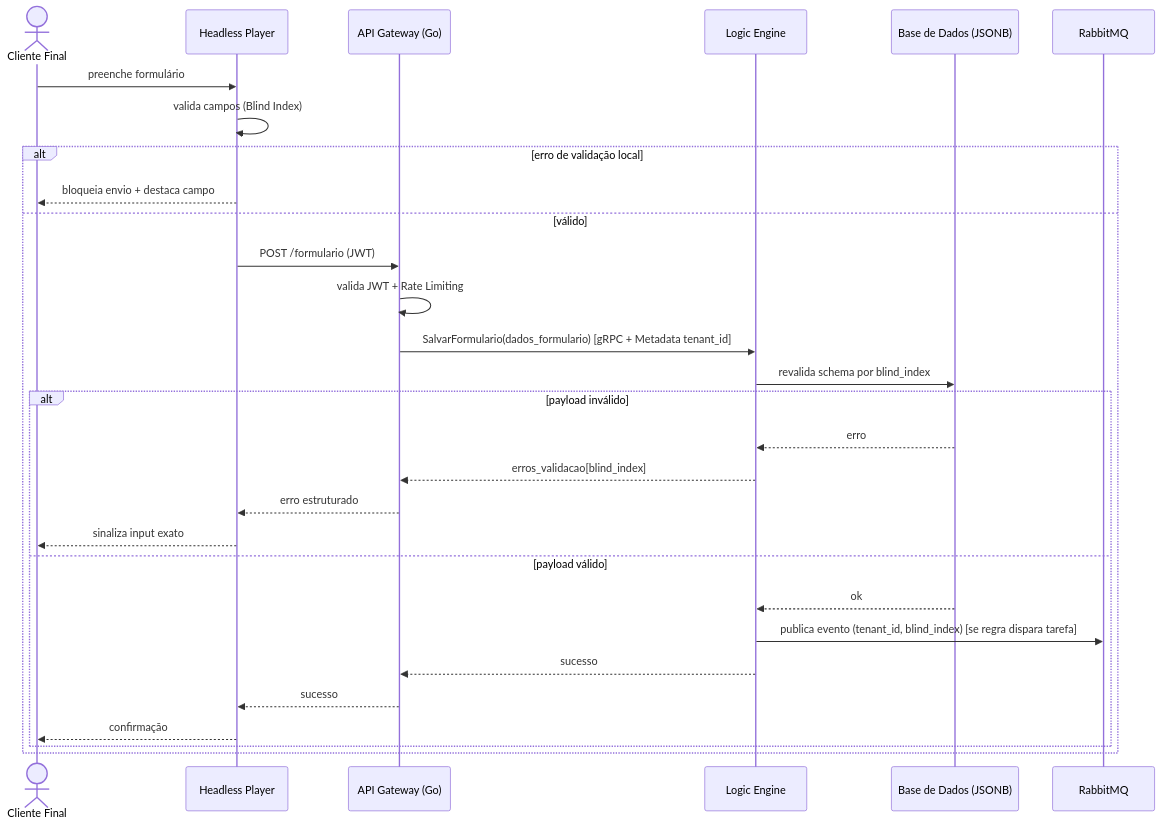
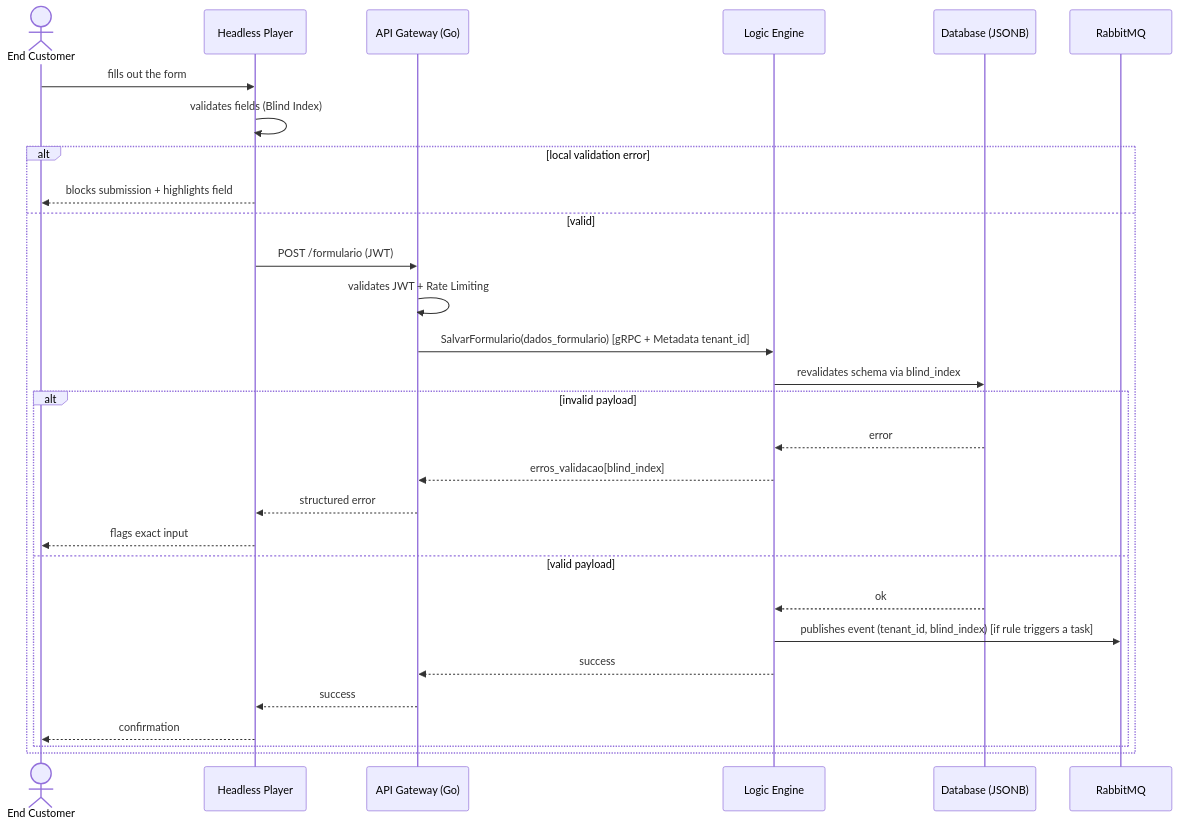
The second of 6 diagrams in doc/ANALISE_REQUISITOS.md (GiovaniRodrigo/arquitetura-mach-saas-nocode), drawn with Mermaid before and after one commit. The commit also changed other lines of this file and 86 other files, not shown here.

````diff
--- a/doc/ANALISE_REQUISITOS.md
+++ b/doc/ANALISE_REQUISITOS.md
@@ -83,32 +83,32 @@
 ```mermaid
 sequenceDiagram
-    actor cliente as Cliente Final
+    actor cliente as End Customer
     participant player as Headless Player
     participant gw as API Gateway (Go)
     participant logic as Logic Engine
-    participant db as Base de Dados (JSONB)
+    participant db as Database (JSONB)
     participant mq as RabbitMQ
 
-    cliente->>player: preenche formulário
-    player->>player: valida campos (Blind Index)
-    alt erro de validação local
-        player-->>cliente: bloqueia envio + destaca campo
-    else válido
+    cliente->>player: fills out the form
+    player->>player: validates fields (Blind Index)
+    alt local validation error
+        player-->>cliente: blocks submission + highlights field
+    else valid
         player->>gw: POST /formulario (JWT)
-        gw->>gw: valida JWT + Rate Limiting
+        gw->>gw: validates JWT + Rate Limiting
         gw->>logic: SalvarFormulario(dados_formulario) [gRPC + Metadata tenant_id]
-        logic->>db: revalida schema por blind_index
-        alt payload inválido
-            db-->>logic: erro
+        logic->>db: revalidates schema via blind_index
+        alt invalid payload
+            db-->>logic: error
             logic-->>gw: erros_validacao[blind_index]
-            gw-->>player: erro estruturado
-            player-->>cliente: sinaliza input exato
-        else payload válido
+            gw-->>player: structured error
+            player-->>cliente: flags exact input
+        else valid payload
             db-->>logic: ok
-            logic->>mq: publica evento (tenant_id, blind_index) [se regra dispara tarefa]
-            logic-->>gw: sucesso
-            gw-->>player: sucesso
-            player-->>cliente: confirmação
+            logic->>mq: publishes event (tenant_id, blind_index) [if rule triggers a task]
+            logic-->>gw: success
+            gw-->>player: success
+            player-->>cliente: confirmation
         end
     end
 ```
````
